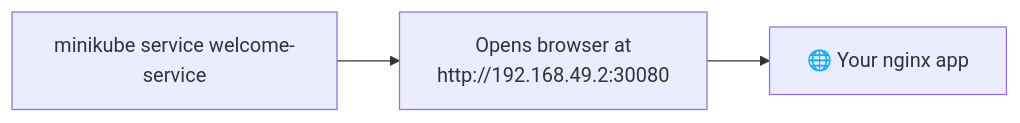
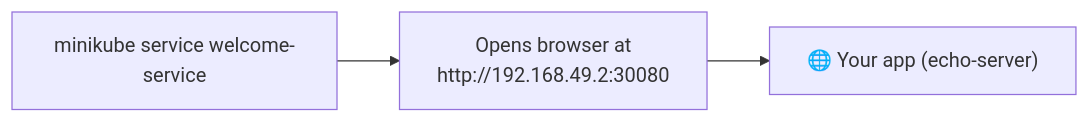
The sixth of 11 diagrams in kubernetes Guide/05. Services_NodePort_ClusterIP_LoadBalancer.md (irfanaslam-me/Learnwithirfan-Kubernetes), drawn with Mermaid before and after one commit. The commit also changed other lines of this file and 4 other files, not shown here.

Commit message:
Update doc 05 and project files: image to kicbase/echo-server, fix targetPort to 8080

````diff
--- a/kubernetes Guide/05. Services_NodePort_ClusterIP_LoadBalancer.md
+++ b/kubernetes Guide/05. Services_NodePort_ClusterIP_LoadBalancer.md
@@ -176,8 +176,8 @@
 ```mermaid
 graph LR
     CMD["minikube service welcome-service"]
     URL["Opens browser at\nhttp://192.168.49.2:30080"]
-    APP["🌐 Your nginx app"]
+    APP["🌐 Your app (echo-server)"]
 
     CMD --> URL --> APP
 ```
````
